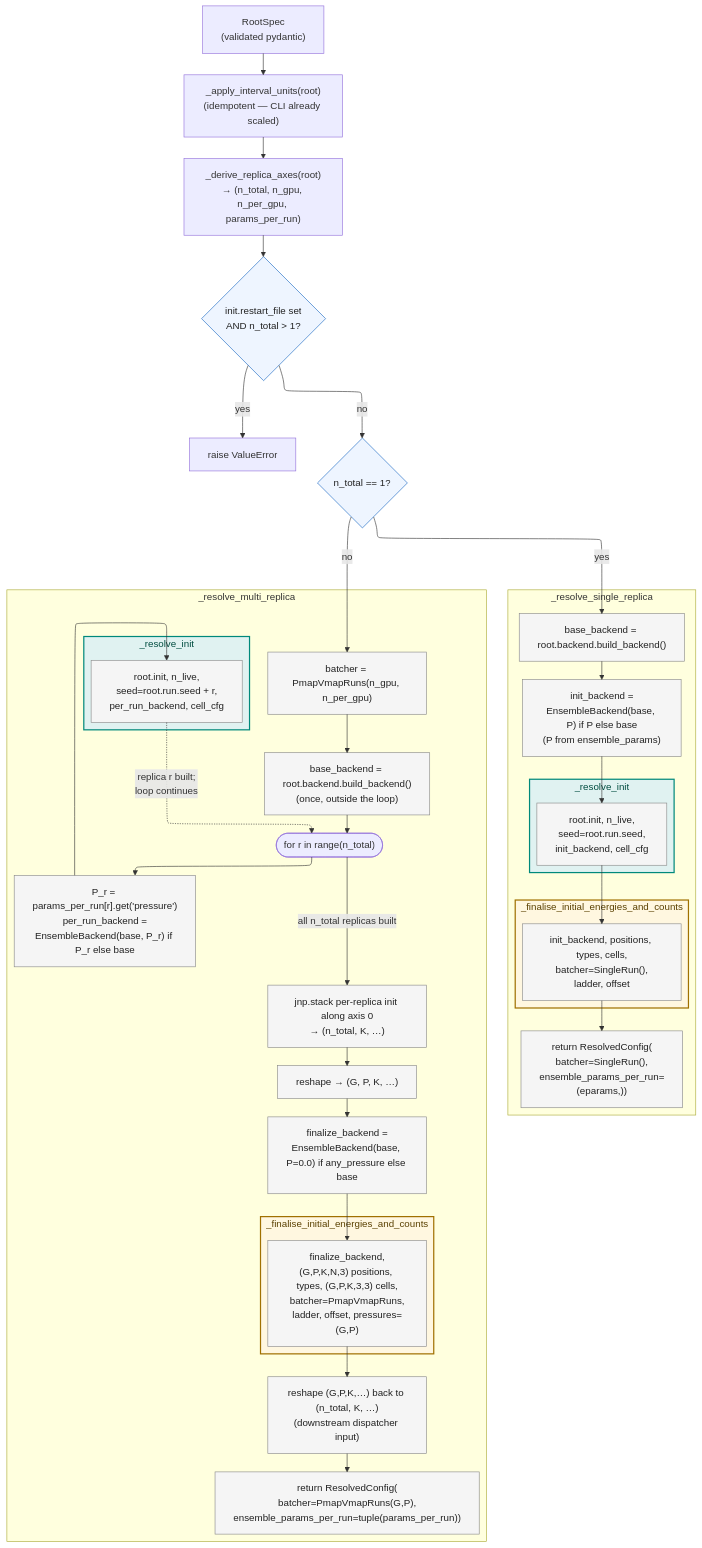
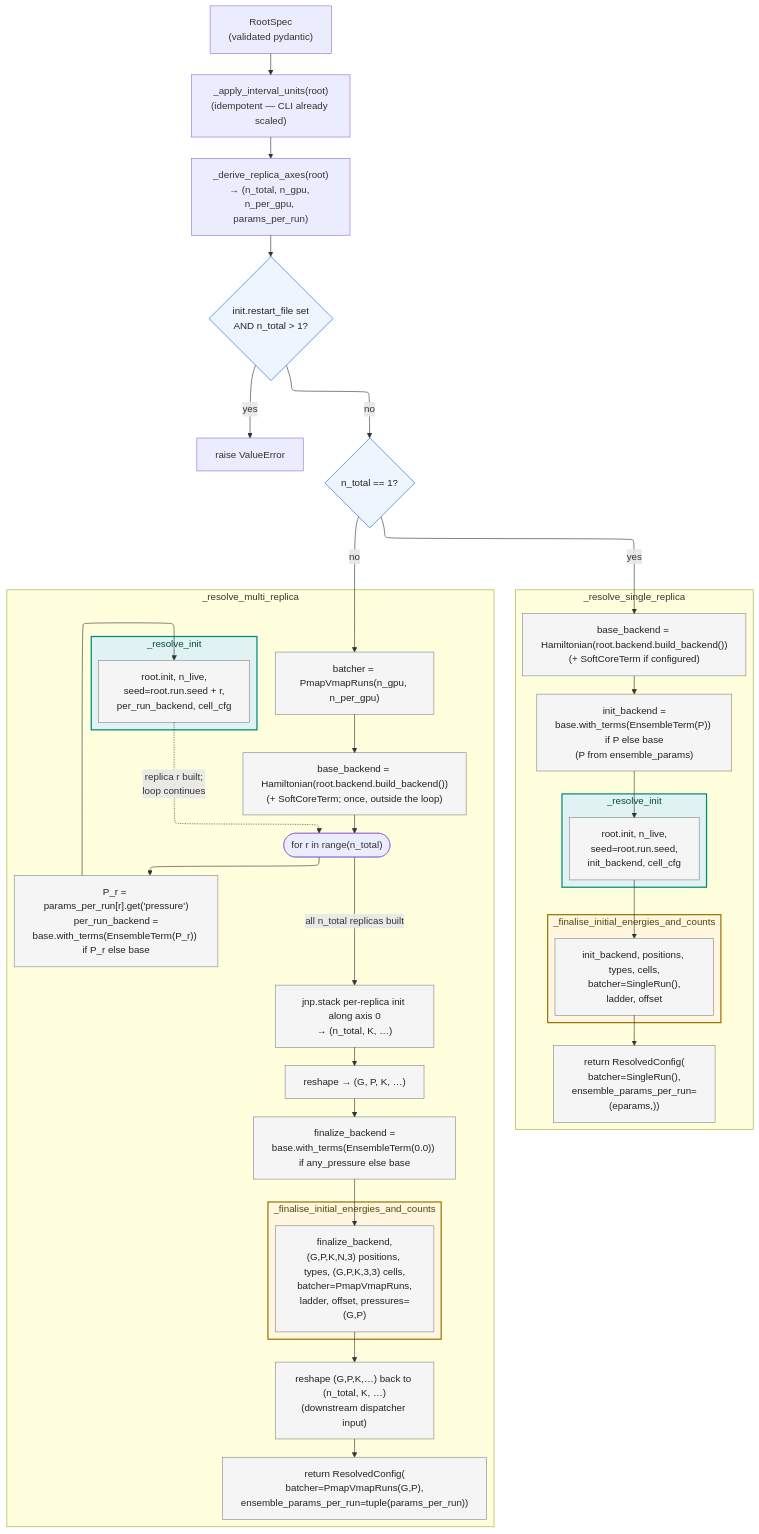
Before and after one commit to nunglert/jaxrens: the fifth of 5 diagrams in docs/user/concepts/schema_resolve.md, drawn with Mermaid. The commit also changed other lines of this file and 4 other files, not shown here.

```diff
--- a/docs/user/concepts/schema_resolve.md
+++ b/docs/user/concepts/schema_resolve.md
@@ -261,8 +262,8 @@
     %% --- single-replica branch (resolve.py:918) ---
     subgraph S["_resolve_single_replica"]
         direction TB
-        S1["base_backend = root.backend.build_backend()"]
-        S2["init_backend =<br>EnsembleBackend(base, P) if P else base<br>(P from ensemble_params)"]
+        S1["base_backend = Hamiltonian(root.backend.build_backend())<br>(+ SoftCoreTerm if configured)"]
+        S2["init_backend =<br>base.with_terms(EnsembleTerm(P)) if P else base<br>(P from ensemble_params)"]
         subgraph S3box["_resolve_init"]
             S3in["root.init, n_live,<br>seed=root.run.seed,<br>init_backend, cell_cfg"]
         end
@@ -277,15 +278,15 @@
     subgraph M["_resolve_multi_replica"]
         direction TB
         M1["batcher = PmapVmapRuns(n_gpu, n_per_gpu)"]
-        M2["base_backend = root.backend.build_backend()<br>(once, outside the loop)"]
+        M2["base_backend = Hamiltonian(root.backend.build_backend())<br>(+ SoftCoreTerm; once, outside the loop)"]
         M3(["for r in range(n_total)"])
-        M3a["P_r = params_per_run[r].get('pressure')<br>per_run_backend =<br>EnsembleBackend(base, P_r) if P_r else base"]
+        M3a["P_r = params_per_run[r].get('pressure')<br>per_run_backend =<br>base.with_terms(EnsembleTerm(P_r)) if P_r else base"]
         subgraph M3box["_resolve_init"]
             M3bin["root.init, n_live,<br>seed=root.run.seed + r,<br>per_run_backend, cell_cfg"]
         end
         M4["jnp.stack per-replica init along axis 0<br>→ (n_total, K, …)"]
         M5["reshape → (G, P, K, …)"]
-        M6["finalize_backend =<br>EnsembleBackend(base, P=0.0) if any_pressure else base"]
+        M6["finalize_backend =<br>base.with_terms(EnsembleTerm(0.0)) if any_pressure else base"]
         subgraph M7box["_finalise_initial_energies_and_counts"]
             M7in["finalize_backend,<br>(G,P,K,N,3) positions, types, (G,P,K,3,3) cells,<br>batcher=PmapVmapRuns,<br>ladder, offset, pressures=(G,P)"]
         end
```
